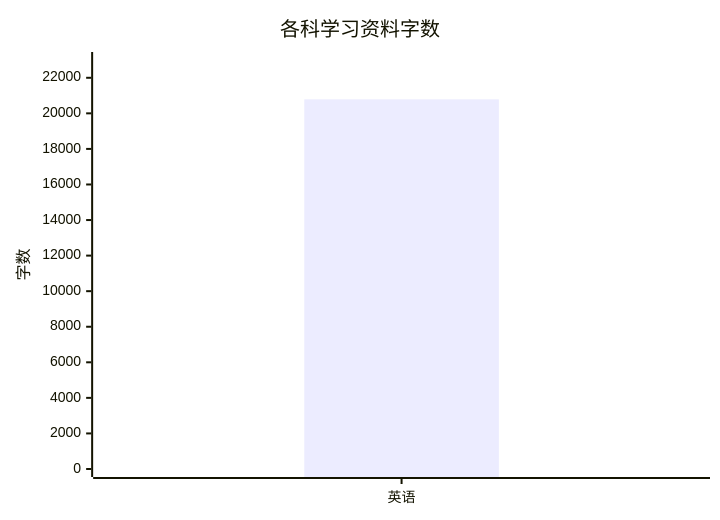
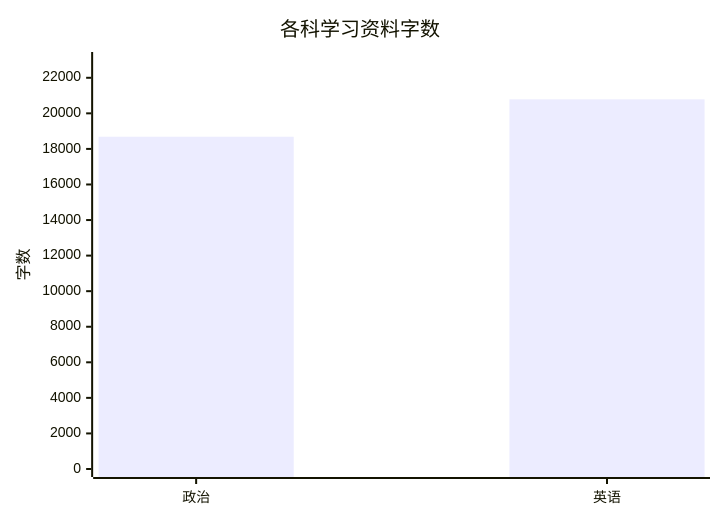
The first of 3 diagrams in README.md (zhuchenyu2008/Learning-Library), drawn with Mermaid before and after one commit. The commit also changed other lines of this file, not shown here.

````diff
--- a/README.md
+++ b/README.md
@@ -34,7 +35,7 @@
 ```mermaid
 xychart-beta
     title "各科学习资料字数"
-    x-axis ["英语"]
+    x-axis ["政治", "英语"]
     y-axis "字数" 0 --> 23000
-    bar [20787]
+    bar [18684, 20787]
 ```
````
